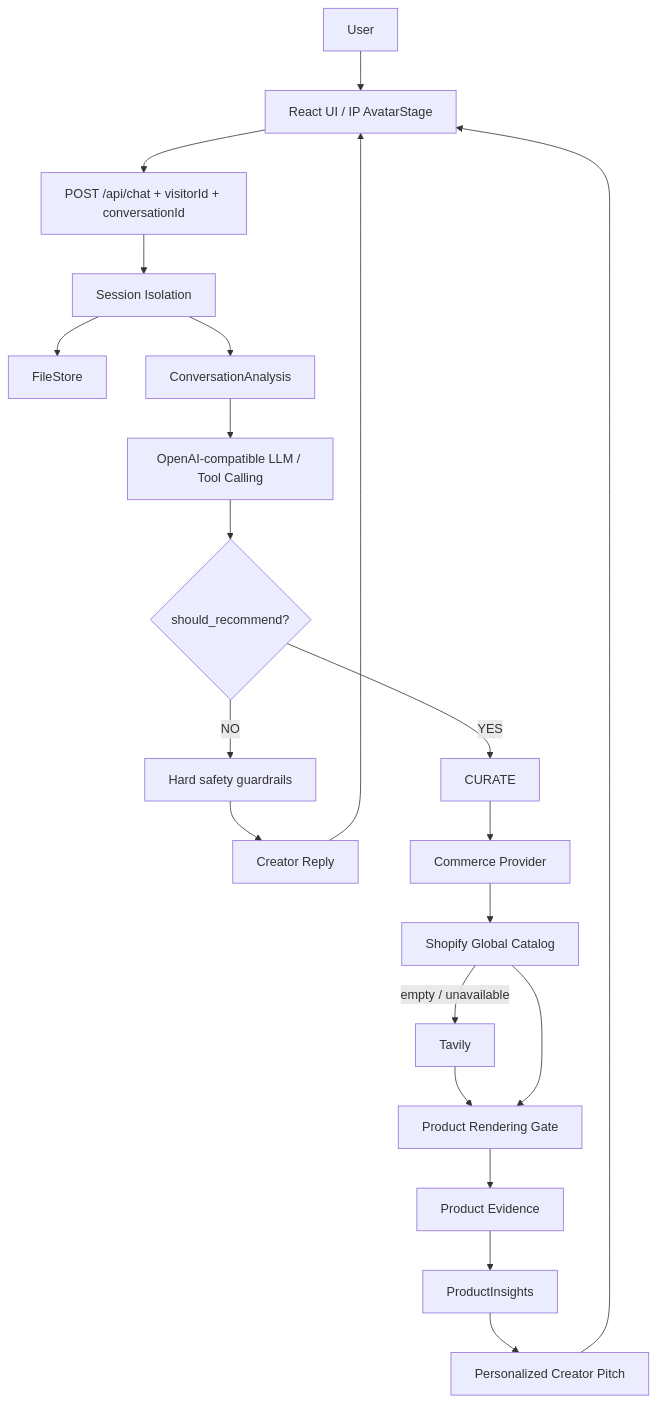
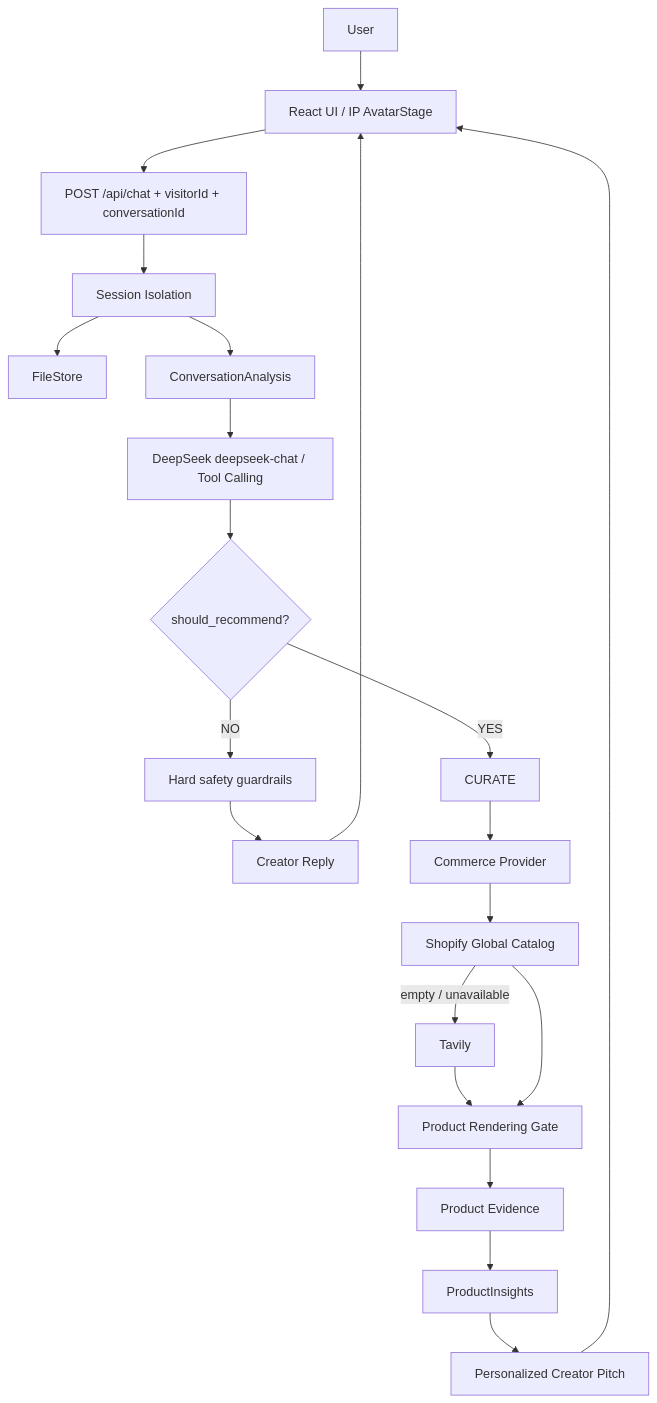
One commit to haomingweng3-eng/xiaoning-virtual-creator changed the diagram in README.md. Above: the diagram before and after it, drawn with Mermaid. The commit also changed other lines of this file and 5 other files, not shown here.

Commit message:
docs: document DeepSeek runtime

````diff
--- a/README.md
+++ b/README.md
@@ -26,23 +26,23 @@
 ```mermaid
 flowchart TD
     U[User] --> UI[React UI / IP AvatarStage]
     UI --> API[POST /api/chat + visitorId + conversationId]
     API --> SI[Session Isolation]
     SI --> FS[FileStore]
     SI --> CA[ConversationAnalysis]
-    CA --> LLM[OpenAI-compatible LLM / Tool Calling]
+    CA --> LLM[DeepSeek deepseek-chat / Tool Calling]
     LLM --> D{should_recommend?}
     D -- NO --> IP[Hard safety guardrails]
     D -- YES --> C[CURATE]
     IP --> R[Creator Reply]
     C --> CP[Commerce Provider]
     CP --> S[Shopify Global Catalog]
     S -->|empty / unavailable| T[Tavily]
     T --> G[Product Rendering Gate]
     S --> G
     G --> E[Product Evidence]
     E --> PI[ProductInsights]
     PI --> P[Personalized Creator Pitch]
     R --> UI
     P --> UI
 ```
````
